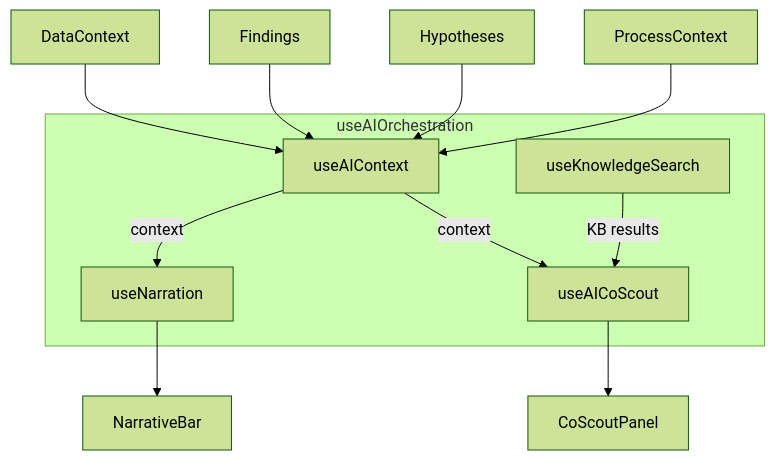
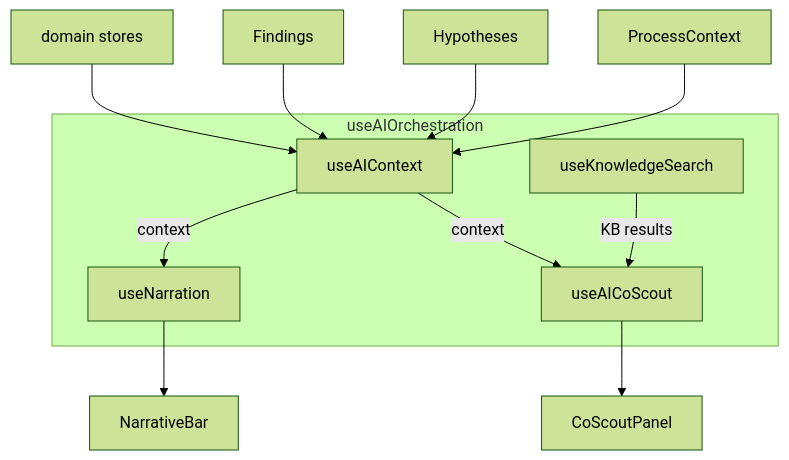
The third of 3 diagrams in docs/05-technical/architecture/component-patterns.md (jukka-matti/variscout), drawn with Mermaid (forest theme) before and after one commit. The commit also changed other lines of this file and 4 other files, not shown here.

Commit message:
docs: update architecture docs after refactoring (deleted improvementStore, canonical types, unified popouts)

````diff
--- a/docs/05-technical/architecture/component-patterns.md
+++ b/docs/05-technical/architecture/component-patterns.md
@@ -488,21 +489,22 @@
 ```mermaid
 flowchart TB
     subgraph Orchestrator["useAIOrchestration"]
         AC[useAIContext]
         NR[useNarration]
         CS[useAICoScout]
         KS[useKnowledgeSearch]
     end
 
-    DC[DataContext] --> AC
+    %% DataContext deleted Apr 2026 — domain stores are source of truth; useAIContext reads from @variscout/stores directly
+    DC[domain stores] --> AC
     F[Findings] --> AC
     H[Hypotheses] --> AC
     PC[ProcessContext] --> AC
 
     AC -->|context| NR
     AC -->|context| CS
     KS -->|KB results| CS
 
     NR --> NB["NarrativeBar"]
     CS --> CSP["CoScoutPanel"]
 ```
````
